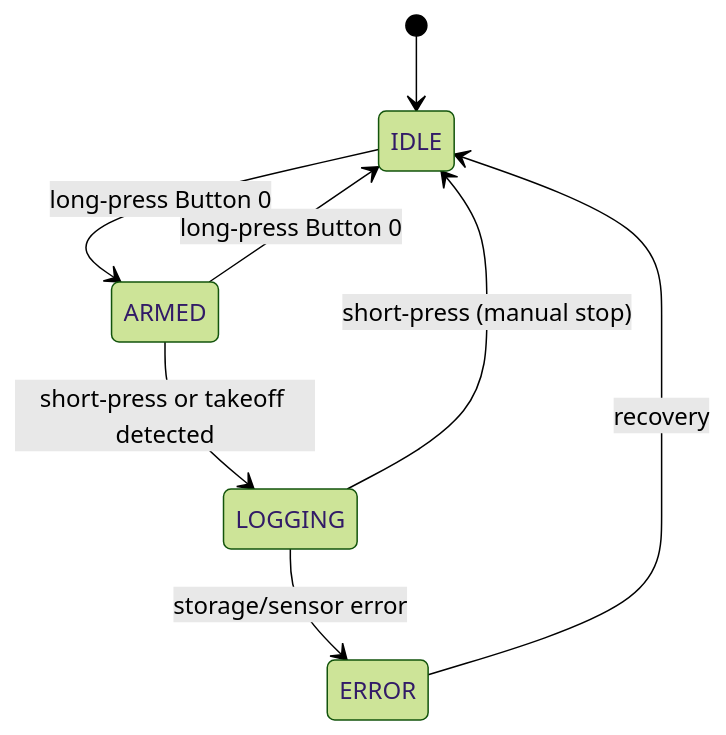
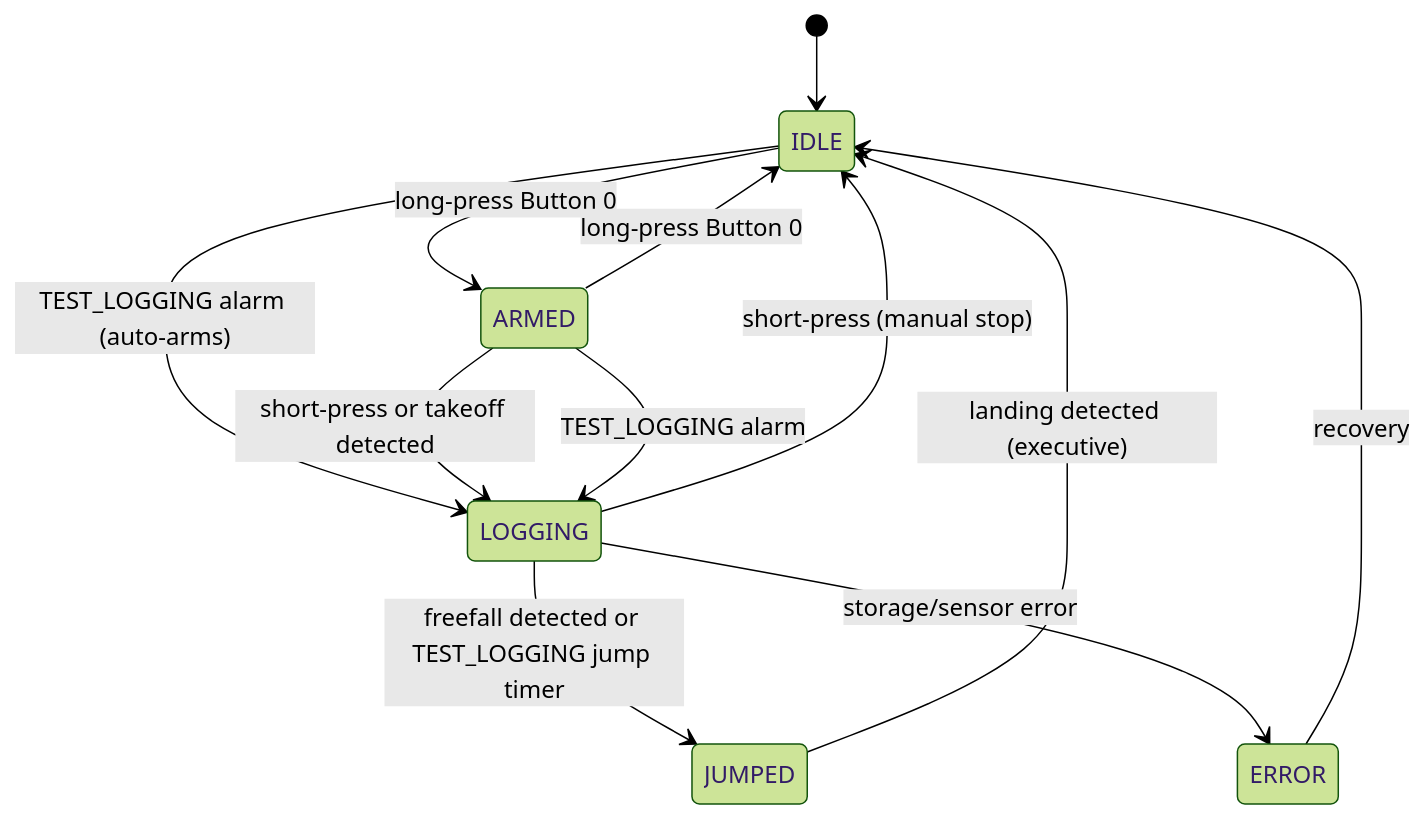
One commit to rrainey/tempo-bt changed the third of 3 diagrams in zephyr/tempo-bt-v1/docs/mvp-architecture.md. Above: the diagram before and after it, drawn with Mermaid (forest theme). The commit also changed other lines of this file and 10 other files, not shown here.

````diff
--- a/zephyr/tempo-bt-v1/docs/mvp-architecture.md
+++ b/zephyr/tempo-bt-v1/docs/mvp-architecture.md
@@ -317,10 +357,14 @@
 ```mermaid
 stateDiagram-v2
     [*] --> IDLE
     IDLE --> ARMED: long-press Button 0
+    IDLE --> LOGGING: TEST_LOGGING alarm (auto-arms)
     ARMED --> IDLE: long-press Button 0
     ARMED --> LOGGING: short-press or takeoff detected
+    ARMED --> LOGGING: TEST_LOGGING alarm
+    LOGGING --> JUMPED: freefall detected or TEST_LOGGING jump timer
     LOGGING --> IDLE: short-press (manual stop)
     LOGGING --> ERROR: storage/sensor error
+    JUMPED --> IDLE: landing detected (executive)
     ERROR --> IDLE: recovery
 ```
````
